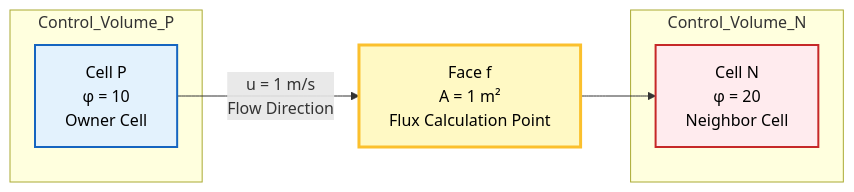
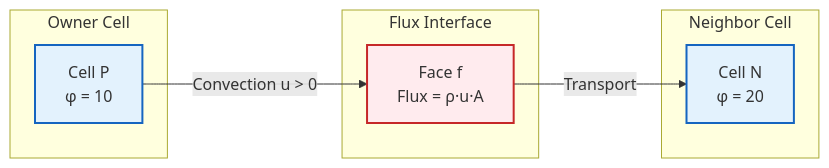
One commit to wramet/build-my-cfd changed the second of 2 diagrams in MODULE_01_CFD_FUNDAMENTALS/CONTENT/02_FINITE_VOLUME_METHOD/08_Exercises.md. Above: the diagram before and after it, drawn with Mermaid. The commit also changed other lines of this file and 313 other files, not shown here.

Commit message:
Revise all diagram

````diff
--- a/MODULE_01_CFD_FUNDAMENTALS/CONTENT/02_FINITE_VOLUME_METHOD/08_Exercises.md
+++ b/MODULE_01_CFD_FUNDAMENTALS/CONTENT/02_FINITE_VOLUME_METHOD/08_Exercises.md
@@ -229,24 +224,20 @@
 ```mermaid
 graph LR
-    subgraph Control_Volume_P
-        P["Cell P<br/>φ = 10<br/>Owner Cell"]
-    end
+classDef implicit fill:#e3f2fd,stroke:#1565c0,stroke-width:2px;
+classDef explicit fill:#ffebee,stroke:#c62828,stroke-width:2px;
 
-    subgraph Control_Volume_N
-        N["Cell N<br/>φ = 20<br/>Neighbor Cell"]
-    end
+subgraph Owner["Owner Cell"]
+    P["Cell P<br/>φ = 10"]:::implicit
+end
 
-    F["Face f<br/>A = 1 m²<br/>Flux Calculation Point"]
+subgraph Interface["Flux Interface"]
+    F["Face f<br/>Flux = ρ·u·A"]:::explicit
+end
 
-    P -->|u = 1 m/s<br/>Flow Direction| F
-    F --> N
+subgraph Neighbor["Neighbor Cell"]
+    N["Cell N<br/>φ = 20"]:::implicit
+end
 
-    style P fill:#e3f2fd,stroke:#1565c0,stroke-width:2px,color:#000
-    style N fill:#ffebee,stroke:#c62828,stroke-width:2px,color:#000
-    style F fill:#fff9c4,stroke:#fbc02d,stroke-width:3px,color:#000
-
-    classDef process fill:#e3f2fd,stroke:#1565c0,stroke-width:2px,color:#000;
-    classDef decision fill:#fff9c4,stroke:#fbc02d,stroke-width:2px,color:#000;
-    classDef terminator fill:#ffebee,stroke:#c62828,stroke-width:2px,color:#000;
-    classDef storage fill:#e8f5e9,stroke:#2e7d32,stroke-width:2px,color:#000;
+P -->|Convection u > 0| F
+F -->|Transport| N
 ```
````
